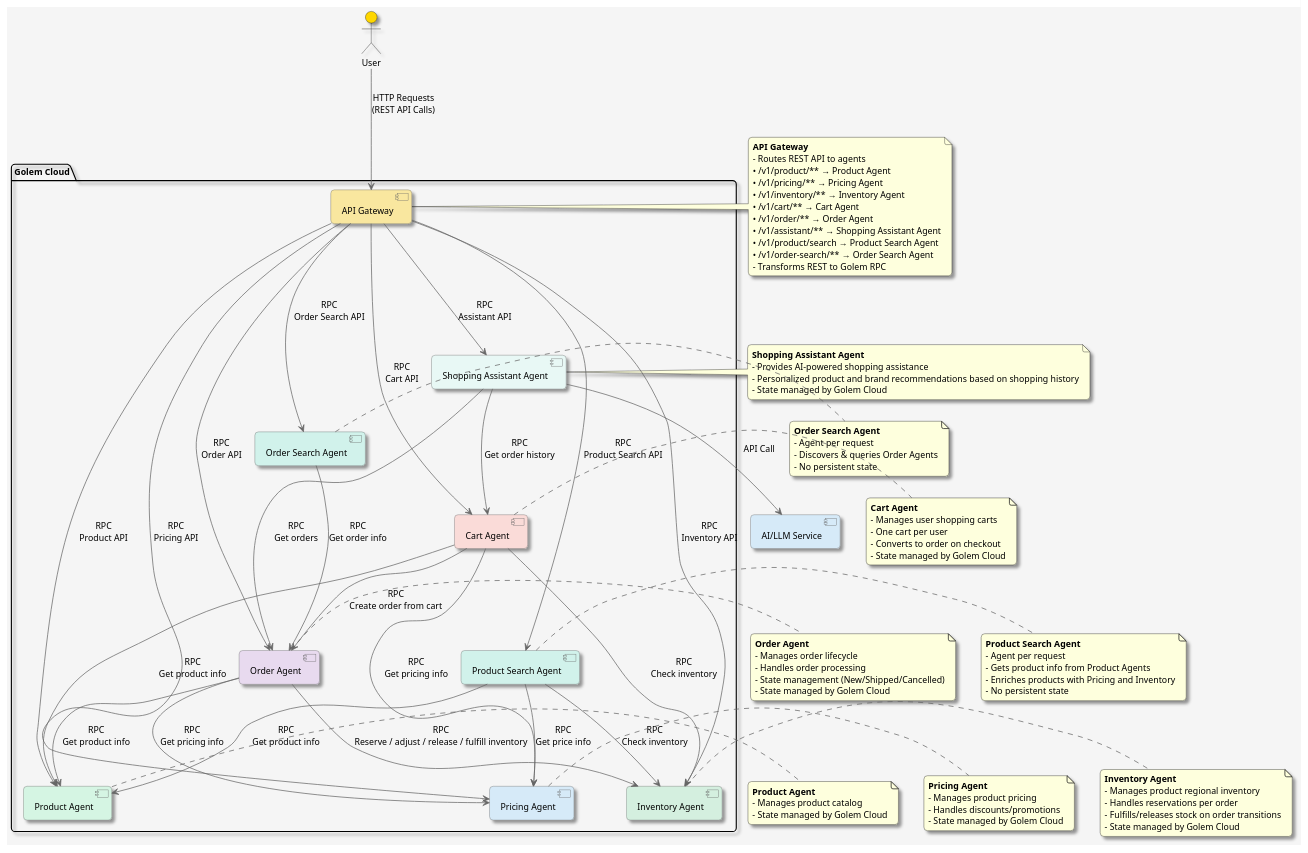
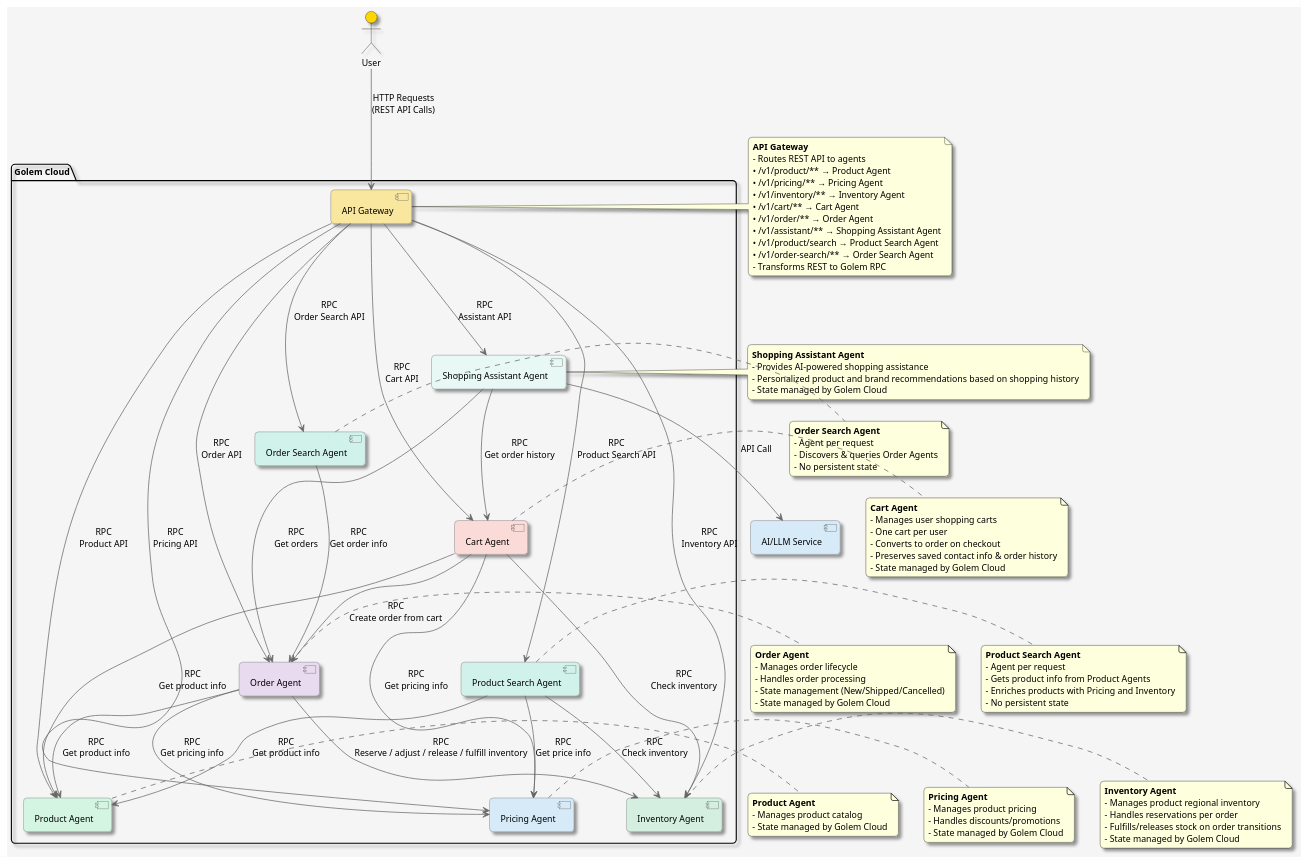
One commit to justcoon/golem-shopping-rust changed the diagram in architecture.puml. Above: the diagram before and after it, drawn with PlantUML. The commit also changed 5 other files, not shown here.

```diff
--- a/architecture.puml
+++ b/architecture.puml
@@ -1,138 +1,139 @@
 @startuml Golem Shopping Architecture
 
 ' Define styles
 skinparam componentStyle uml2
 skinparam backgroundColor #F5F5F5
 skinparam defaultFontName Arial
 skinparam defaultFontSize 12
 skinparam roundcorner 10
 skinparam shadowing true
 skinparam ArrowColor #666666
 skinparam ComponentBackgroundColor #E8E8E8
 skinparam ComponentBorderColor #666666
 
 ' Define components
 actor "User" as user #FFD700
 
 package "Golem Cloud" {
     [API Gateway] as gateway #F9E79F
     [Product Agent] as product #D5F5E3
     [Pricing Agent] as pricing #D6EAF8
     [Inventory Agent] as inventory #D4EFDF
     [Cart Agent] as cart #FADBD8
     [Order Agent] as order #E8DAEF
     [Product Search Agent] as product_search #D1F2EB
     [Order Search Agent] as order_search #D1F2EB
     [Shopping Assistant Agent] as assistant #E8F8F5
 }
 
 ' Define relationships
 user --> gateway : "HTTP Requests\n(REST API Calls)"
 
 gateway --> product : "RPC\nProduct API"
 gateway --> pricing : "RPC\nPricing API"
 gateway --> inventory : "RPC\nInventory API"
 gateway --> cart : "RPC\nCart API"
 gateway --> order : "RPC\nOrder API"
 gateway --> product_search : "RPC\nProduct Search API"
 gateway --> order_search : "RPC\nOrder Search API"
 gateway --> assistant : "RPC\nAssistant API"
 
 ' Agent-to-agent communication
 cart --> product : "RPC\nGet product info"
 cart --> pricing : "RPC\nGet pricing info"
 cart --> inventory : "RPC\nCheck inventory"
 cart --> order : "RPC\nCreate order from cart"
 order --> product : "RPC\nGet product info"
 order --> pricing : "RPC\nGet pricing info"
 order --> inventory : "RPC\nReserve / adjust / release / fulfill inventory"
 product_search --> product : "RPC\nGet product info"
 product_search --> pricing : "RPC\nGet price info"
 product_search --> inventory : "RPC\nCheck inventory"
 order_search --> order : "RPC\nGet order info"
 
 ' Shopping Assistant relationships
 assistant --> cart : "RPC\nGet order history"
 assistant --> order : "RPC\nGet orders"
 
 ' Add notes
 note right of gateway
   <b>API Gateway</b>
   - Routes REST API to agents
   • /v1/product/** → Product Agent
   • /v1/pricing/** → Pricing Agent
   • /v1/inventory/** → Inventory Agent
   • /v1/cart/** → Cart Agent
   • /v1/order/** → Order Agent
   • /v1/assistant/** → Shopping Assistant Agent
   • /v1/product/search → Product Search Agent
   • /v1/order-search/** → Order Search Agent
   - Transforms REST to Golem RPC
 end note
 
 note right of product
   <b>Product Agent</b>
   - Manages product catalog
   - State managed by Golem Cloud
 end note
 
 note right of pricing
   <b>Pricing Agent</b>
   - Manages product pricing
   - Handles discounts/promotions
   - State managed by Golem Cloud
 end note
 
 note right of inventory
   <b>Inventory Agent</b>
   - Manages product regional inventory
   - Handles reservations per order
   - Fulfills/releases stock on order transitions
   - State managed by Golem Cloud
 end note
 
 note right of cart
   <b>Cart Agent</b>
   - Manages user shopping carts
   - One cart per user
   - Converts to order on checkout
+  - Preserves saved contact info & order history
   - State managed by Golem Cloud
 end note
 
 note right of order
   <b>Order Agent</b>
   - Manages order lifecycle
   - Handles order processing
   - State management (New/Shipped/Cancelled)
   - State managed by Golem Cloud
 end note
 
 note right of product_search
   <b>Product Search Agent</b>
   - Agent per request
   - Gets product info from Product Agents
   - Enriches products with Pricing and Inventory
   - No persistent state
 end note
 
 note right of order_search
   <b>Order Search Agent</b>
   - Agent per request
   - Discovers & queries Order Agents
   - No persistent state
 end note
 
 ' External Services
 [AI/LLM Service] as llm #D6EAF8
 
 ' Connect LLM to Shopping Assistant
 assistant --> llm : "API Call"
 
 note right of assistant
   <b>Shopping Assistant Agent</b>
   - Provides AI-powered shopping assistance
   - Personalized product and brand recommendations based on shopping history
   - State managed by Golem Cloud
 end note
 
 @enduml
```
